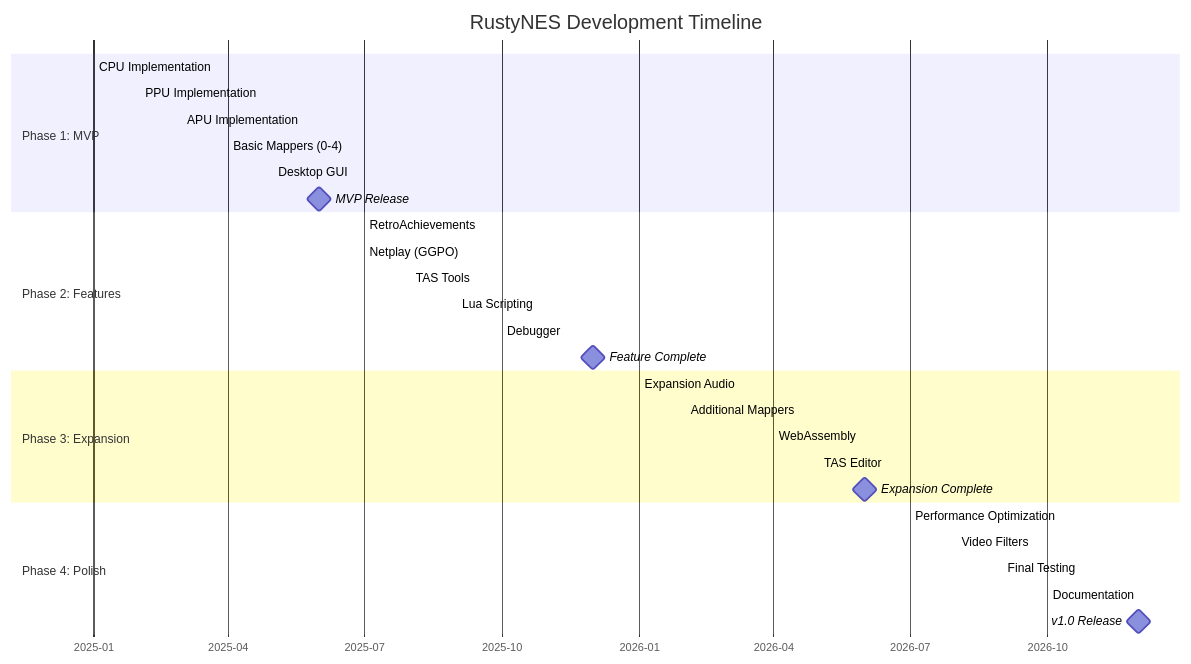
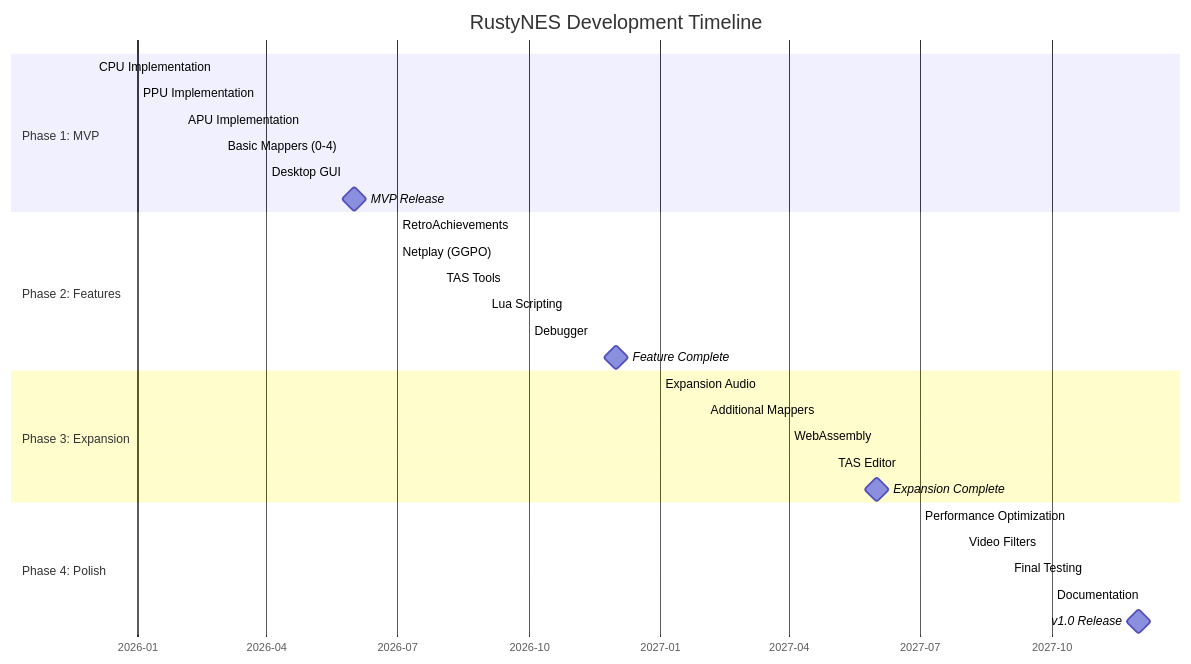
Before and after one commit to doublegate/RustyNES: the diagram in ROADMAP.md, drawn with Mermaid. The commit also changed other lines of this file and 1 other file, not shown here.

First paragraph of the commit message:
docs: Update README.md and ROADMAP.md with current project status
## README.md Updates

````diff
--- a/ROADMAP.md
+++ b/ROADMAP.md
@@ -41,36 +41,36 @@
 ```mermaid
 gantt
     title RustyNES Development Timeline
     dateFormat YYYY-MM
     axisFormat %Y-%m
 
     section Phase 1: MVP
-    CPU Implementation           :2025-01, 2m
-    PPU Implementation           :2025-02, 3m
-    APU Implementation           :2025-03, 2m
-    Basic Mappers (0-4)          :2025-04, 2m
-    Desktop GUI                  :2025-05, 2m
-    MVP Release                  :milestone, 2025-06, 0d
+    CPU Implementation           :2025-12, 2m
+    PPU Implementation           :2026-01, 3m
+    APU Implementation           :2026-02, 2m
+    Basic Mappers (0-4)          :2026-03, 2m
+    Desktop GUI                  :2026-04, 2m
+    MVP Release                  :milestone, 2026-06, 0d
 
     section Phase 2: Features
-    RetroAchievements           :2025-07, 2m
-    Netplay (GGPO)              :2025-07, 3m
-    TAS Tools                   :2025-08, 2m
-    Lua Scripting               :2025-09, 2m
-    Debugger                    :2025-10, 2m
-    Feature Complete            :milestone, 2025-12, 0d
+    RetroAchievements           :2026-07, 2m
+    Netplay (GGPO)              :2026-07, 3m
+    TAS Tools                   :2026-08, 2m
+    Lua Scripting               :2026-09, 2m
+    Debugger                    :2026-10, 2m
+    Feature Complete            :milestone, 2026-12, 0d
 
     section Phase 3: Expansion
-    Expansion Audio             :2026-01, 3m
-    Additional Mappers          :2026-02, 4m
-    WebAssembly                 :2026-04, 2m
-    TAS Editor                  :2026-05, 2m
-    Expansion Complete          :milestone, 2026-06, 0d
+    Expansion Audio             :2027-01, 3m
+    Additional Mappers          :2027-02, 4m
+    WebAssembly                 :2027-04, 2m
+    TAS Editor                  :2027-05, 2m
+    Expansion Complete          :milestone, 2027-06, 0d
 
     section Phase 4: Polish
-    Performance Optimization    :2026-07, 3m
-    Video Filters               :2026-08, 2m
-    Final Testing               :2026-09, 2m
-    Documentation               :2026-10, 2m
-    v1.0 Release                :milestone, 2026-12, 0d
+    Performance Optimization    :2027-07, 3m
+    Video Filters               :2027-08, 2m
+    Final Testing               :2027-09, 2m
+    Documentation               :2027-10, 2m
+    v1.0 Release                :milestone, 2027-12, 0d
 ```
````
